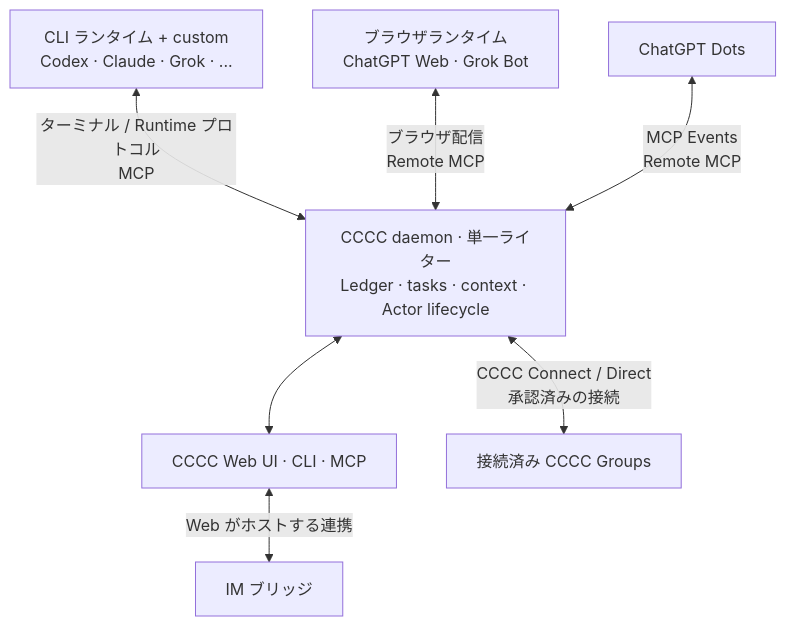
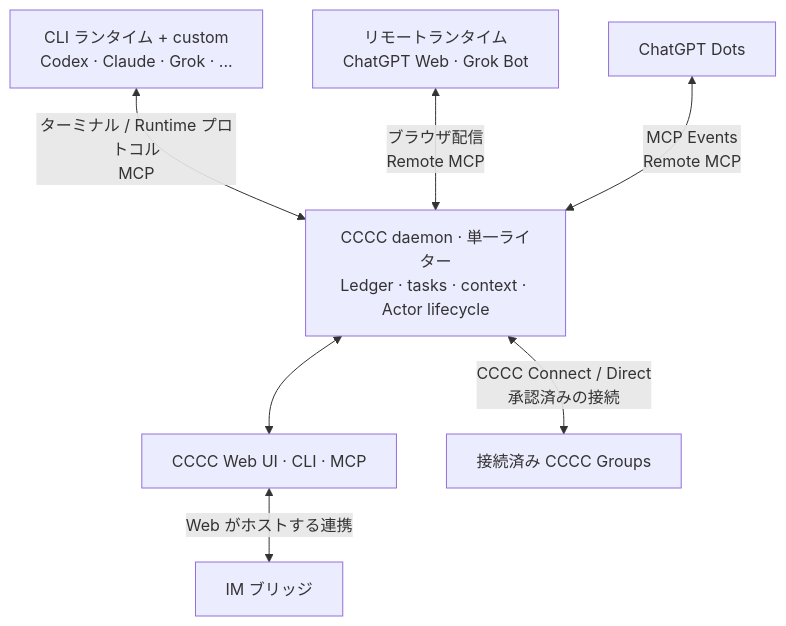
The diagram in README.ja.md (ChesterRa/cccc), drawn with Mermaid before and after one commit. The commit also changed other lines of this file and 73 other files, not shown here.

````diff
--- a/README.ja.md
+++ b/README.ja.md
@@ -180,17 +180,17 @@
 ```mermaid
 graph TB
     A1["CLI ランタイム + custom<br/>Codex · Claude · Grok · ..."]
-    A3["ブラウザランタイム<br/>ChatGPT Web · Grok Bot"]
+    A3["リモートランタイム<br/>ChatGPT Web · Grok Bot"]
     A6["ChatGPT Dots"]
     Daemon["CCCC daemon · 単一ライター<br/>Ledger · tasks · context · Actor lifecycle"]
     Ports["CCCC Web UI · CLI · MCP"]
     IM["IM ブリッジ"]
     Remote["接続済み CCCC Groups"]
 
     A1 <-->|ターミナル / Runtime プロトコル<br/>MCP| Daemon
     A3 <-->|ブラウザ配信<br/>Remote MCP| Daemon
     A6 <-->|MCP Events<br/>Remote MCP| Daemon
     Daemon <--> Ports
     Ports <-->|Web がホストする連携| IM
     Daemon <-->|CCCC Connect / Direct<br/>承認済みの接続| Remote
 ```
````
